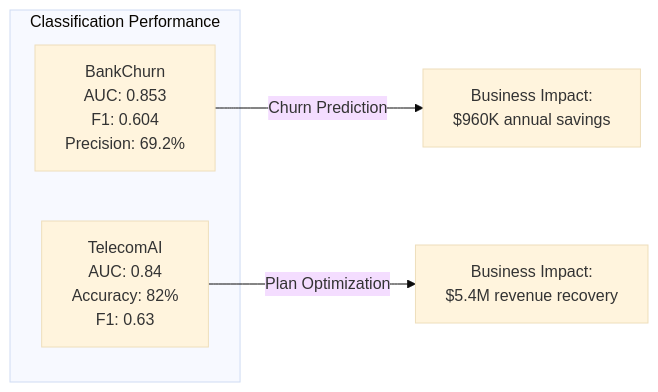
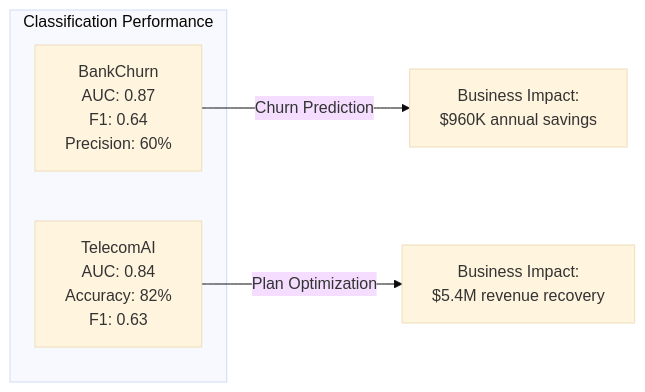
Before and after one commit to DuqueOM/ML-MLOps-Portfolio: the first of 2 diagrams in docs/projects/overview.md, drawn with Mermaid (base theme). The commit also changed other lines of this file and 36 other files, not shown here.

````diff
--- a/docs/projects/overview.md
+++ b/docs/projects/overview.md
@@ -35,10 +35,10 @@
 ```mermaid
 graph LR
     subgraph "Classification Performance"
-        BC["BankChurn<br/>AUC: 0.853<br/>F1: 0.604<br/>Precision: 69.2%"]
+        BC["BankChurn<br/>AUC: 0.87<br/>F1: 0.64<br/>Precision: 60%"]
         TC["TelecomAI<br/>AUC: 0.84<br/>Accuracy: 82%<br/>F1: 0.63"]
     end
     
     BC -->|Churn Prediction| BU[Business Impact:<br/>$960K annual savings]
     TC -->|Plan Optimization| TU[Business Impact:<br/>$5.4M revenue recovery]
 ```
````
